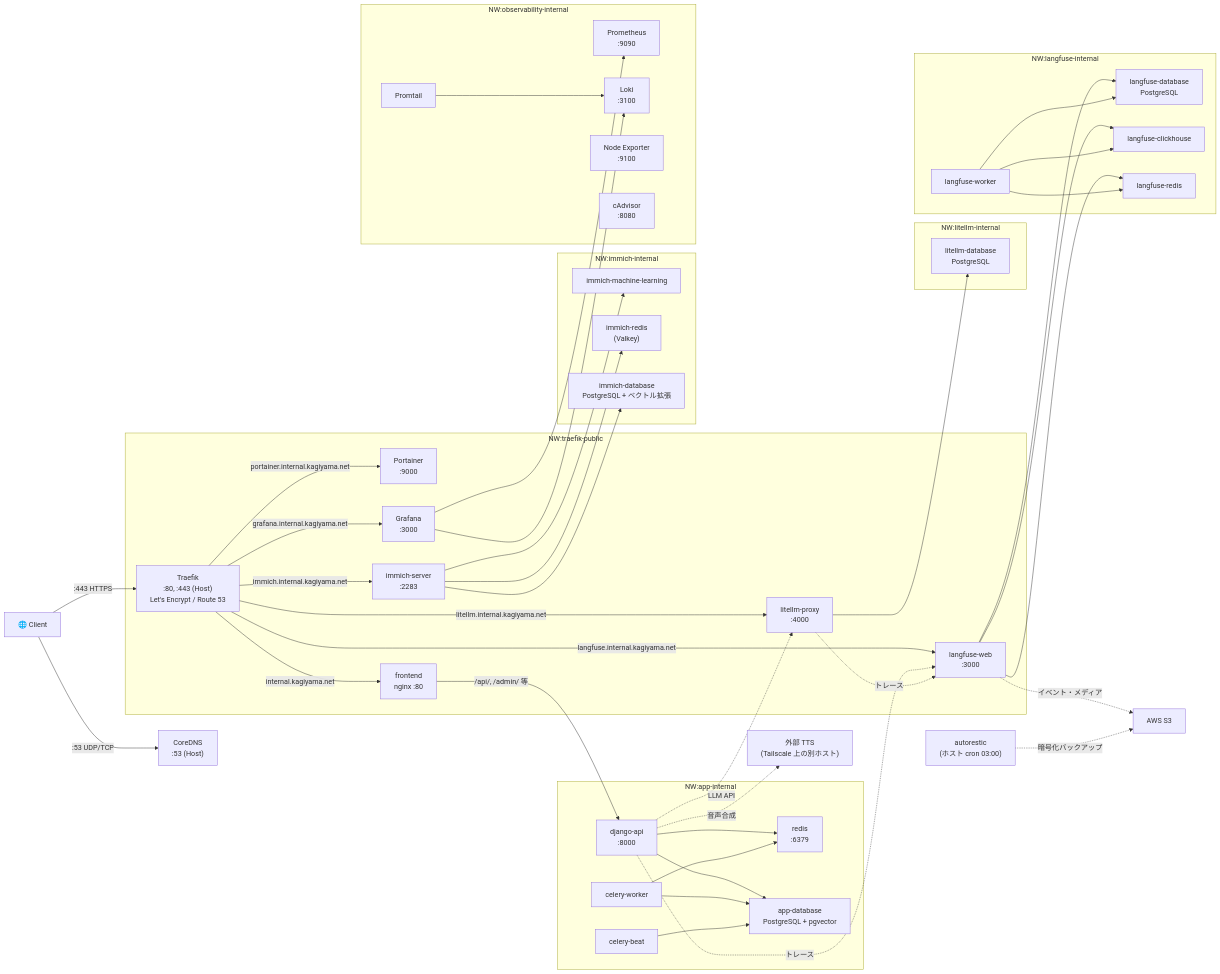
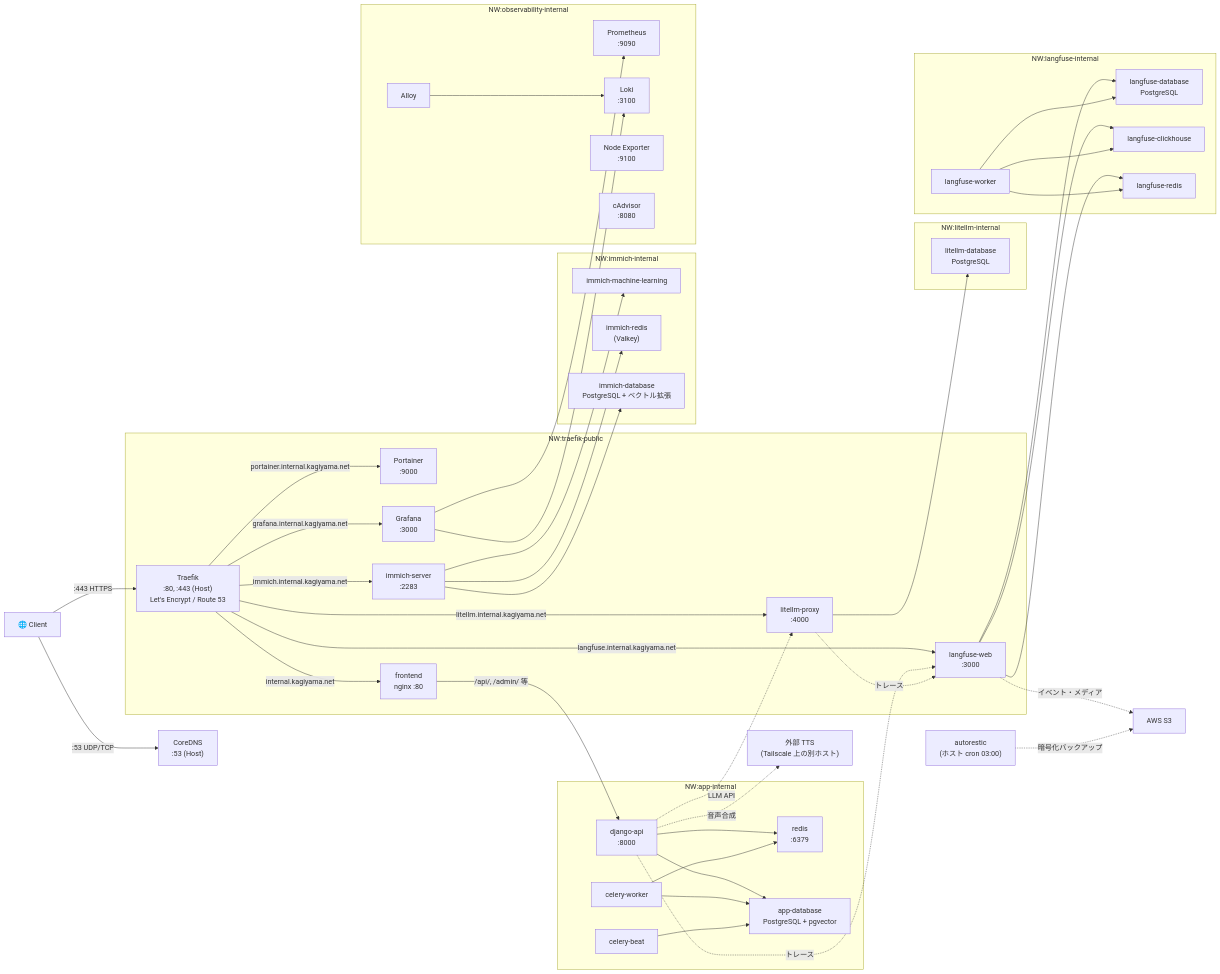
The diagram in README.md (kagiyama-baking/internal.kagiyama.net), drawn with Mermaid before and after one commit. The commit also changed 7 other files, not shown here.

First line of the commit message:
feat: ログ収集を Promtail から Grafana Alloy に置き換える

```diff
--- a/README.md
+++ b/README.md
@@ -109,14 +109,14 @@
         Grafana
         Prometheus["Prometheus<br>:9090"]
         Loki["Loki<br>:3100"]
-        Promtail["Promtail"]
+        Alloy["Alloy"]
         NodeExporter["Node Exporter<br>:9100"]
         cAdvisor["cAdvisor<br>:8080"]
     end
 
     Grafana --> Prometheus
     Grafana --> Loki
-    Promtail --> Loki
+    Alloy --> Loki
 
     subgraph litellm-internal["NW:litellm-internal"]
         LiteLLMProxy
```
